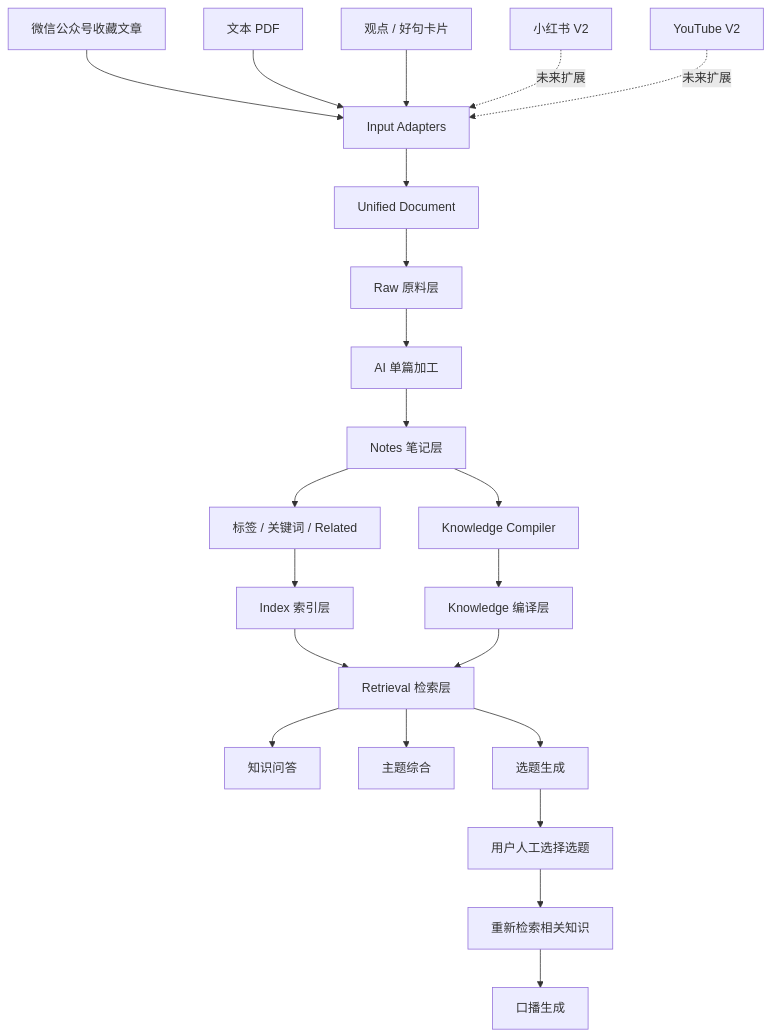
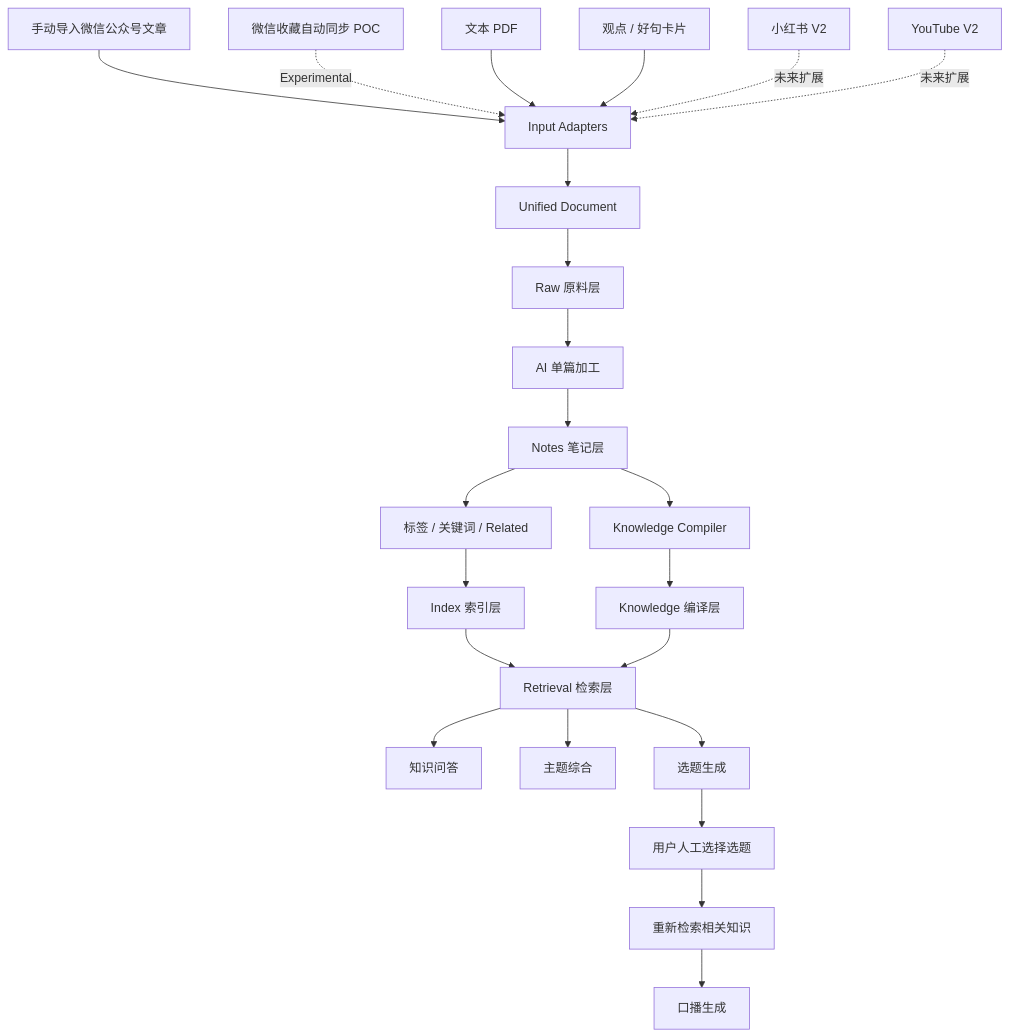
One commit to liuzihan314-wq/personal-ai-kb changed the first of 3 diagrams in ARCHITECTURE.md. Above: the diagram before and after it, drawn with Mermaid. The commit also changed other lines of this file and 5 other files, not shown here.

````diff
--- a/ARCHITECTURE.md
+++ b/ARCHITECTURE.md
@@ -34,37 +34,39 @@
 ```mermaid
 flowchart TD
-    A1[微信公众号收藏文章]
+    A1[手动导入微信公众号文章]
+    A1X[微信收藏自动同步 POC]
     A2[文本 PDF]
     A3[观点 / 好句卡片]
     A4[小红书 V2]
     A5[YouTube V2]
 
     A1 --> B[Input Adapters]
+    A1X -.Experimental.-> B
     A2 --> B
     A3 --> B
     A4 -.未来扩展.-> B
     A5 -.未来扩展.-> B
 
     B --> C[Unified Document]
     C --> D[Raw 原料层]
 
     D --> E[AI 单篇加工]
     E --> F[Notes 笔记层]
 
     F --> G[标签 / 关键词 / Related]
     G --> H[Index 索引层]
 
     F --> I[Knowledge Compiler]
     I --> J[Knowledge 编译层]
 
     H --> K[Retrieval 检索层]
     J --> K
 
     K --> L1[知识问答]
     K --> L2[主题综合]
     K --> L3[选题生成]
 
     L3 --> M[用户人工选择选题]
     M --> N[重新检索相关知识]
     N --> O[口播生成]
 ```
````
